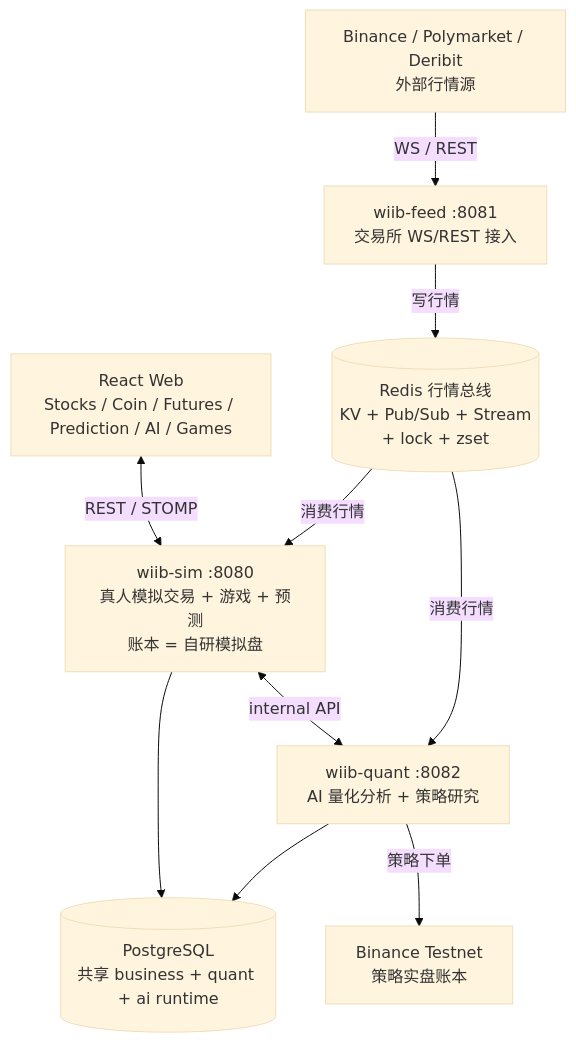
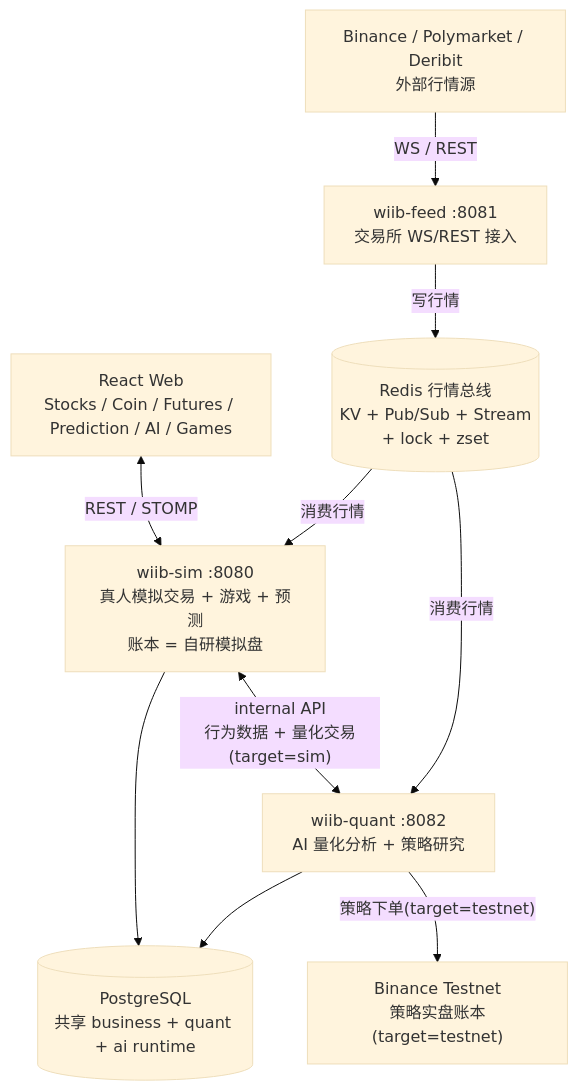
The first of 2 diagrams in README.md (mamawai/wtfibought), drawn with Mermaid (base theme) before and after one commit. The commit also changed other lines of this file, not shown here.

````diff
--- a/README.md
+++ b/README.md
@@ -112,21 +113,21 @@
 ```mermaid
 flowchart TD
     UI["React Web<br/>Stocks / Coin / Futures / Prediction / AI / Games"]
     EXC["Binance / Polymarket / Deribit<br/>外部行情源"]
     FEED["wiib-feed :8081<br/>交易所 WS/REST 接入"]
     SIM["wiib-sim :8080<br/>真人模拟交易 + 游戏 + 预测<br/>账本 = 自研模拟盘"]
     QUANT["wiib-quant :8082<br/>AI 量化分析 + 策略研究"]
     DB[("PostgreSQL<br/>共享 business + quant + ai runtime")]
     REDIS[("Redis 行情总线<br/>KV + Pub/Sub + Stream<br/>+ lock + zset")]
-    TESTNET["Binance Testnet<br/>策略实盘账本"]
+    TESTNET["Binance Testnet<br/>策略实盘账本(target=testnet)"]
 
     EXC -->|WS / REST| FEED
     FEED -->|写行情| REDIS
     UI <-->|REST / STOMP| SIM
     REDIS -->|消费行情| SIM
     REDIS -->|消费行情| QUANT
     SIM --> DB
     QUANT --> DB
-    SIM <-->|internal API| QUANT
-    QUANT -->|策略下单| TESTNET
+    SIM <-->|"internal API<br/>行为数据 + 量化交易(target=sim)"| QUANT
+    QUANT -->|"策略下单(target=testnet)"| TESTNET
 ```
````
